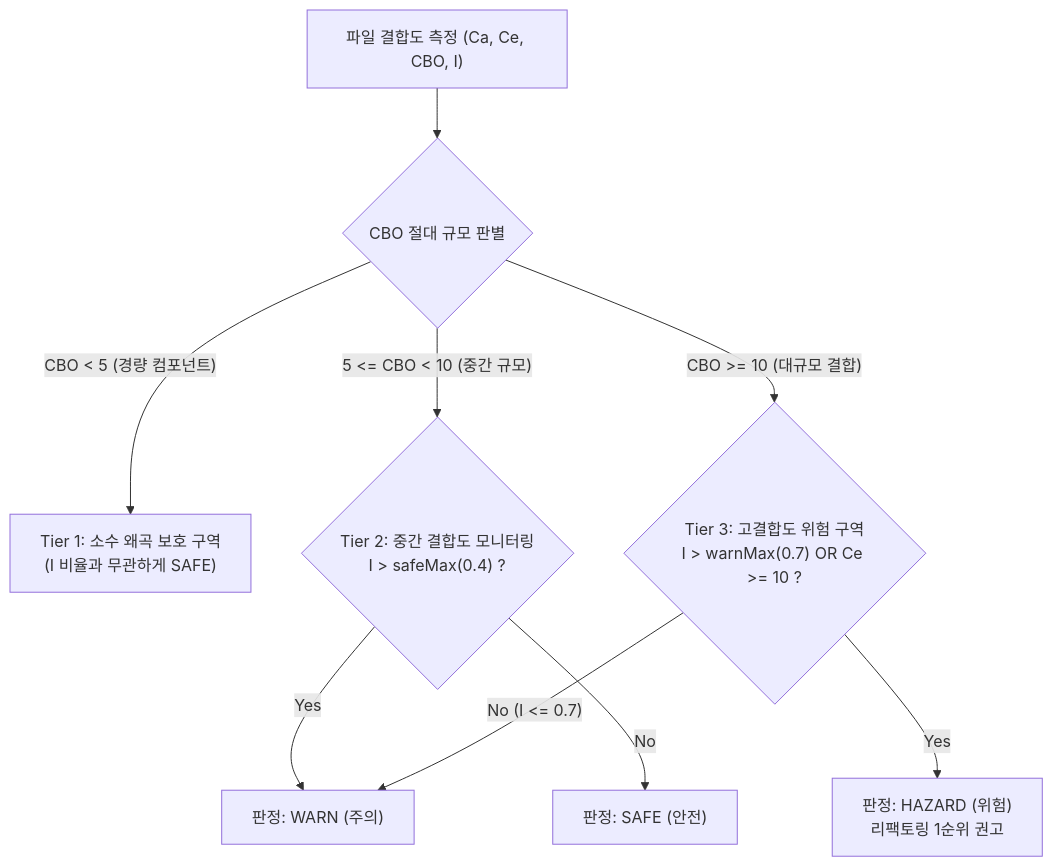
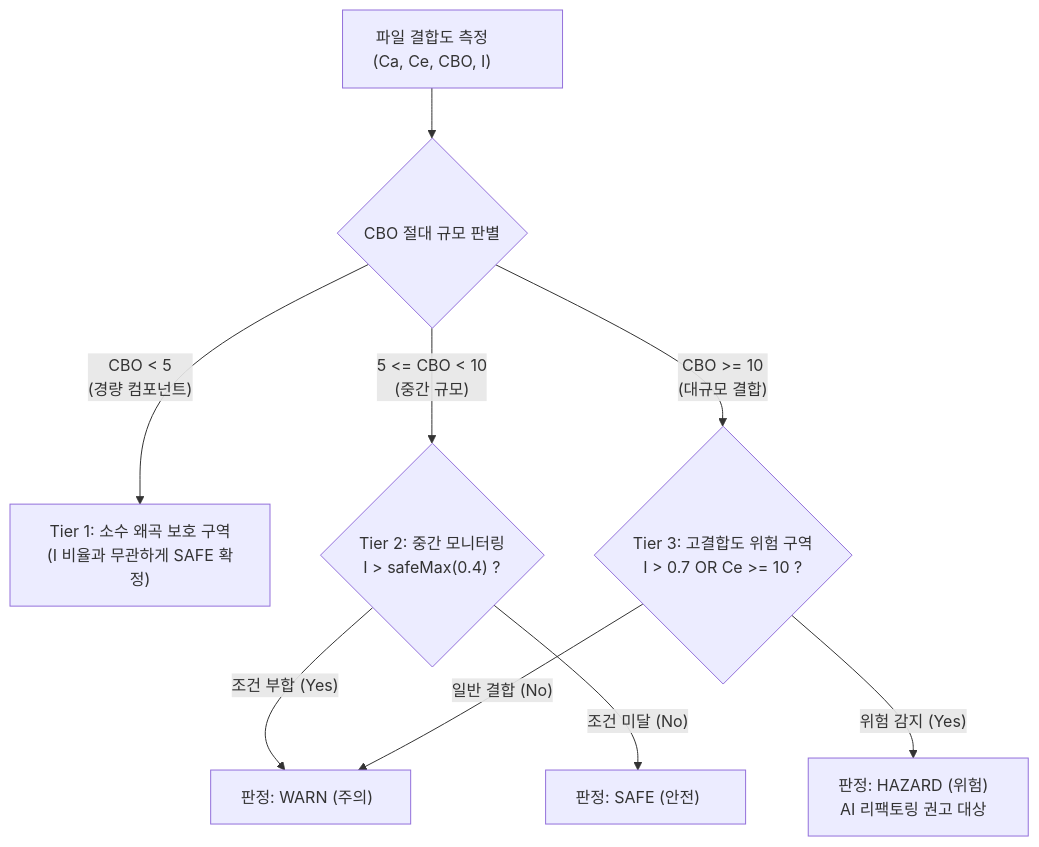
Before and after one commit to Jiin5906/CodeDiagram: the diagram in docs/metrics-spec.md, drawn with Mermaid. The commit also changed 4 other files, not shown here.

Commit message:
fix(docs): Mermaid 다이어그램 한글 단어 슬라이싱 방지 스타일 및 줄바꿈 적용

````diff
--- a/docs/metrics-spec.md
+++ b/docs/metrics-spec.md
@@ -25,14 +25,23 @@
 ```mermaid
 flowchart TD
-    Start["파일 결합도 측정 (Ca, Ce, CBO, I)"] --> CheckCBO{"CBO 절대 규모 판별"}
+    Start["파일 결합도 측정<br/>(Ca, Ce, CBO, I)"] --> CheckCBO{"CBO 절대 규모 판별"}
     
-    CheckCBO -- "CBO < 5 (경량 컴포넌트)" --> Tier1["Tier 1: 소수 왜곡 보호 구역<br/>(I 비율과 무관하게 SAFE)"]
-    CheckCBO -- "5 <= CBO < 10 (중간 규모)" --> Tier2{"Tier 2: 중간 결합도 모니터링<br/>I > safeMax(0.4) ?"}
-    CheckCBO -- "CBO >= 10 (대규모 결합)" --> Tier3{"Tier 3: 고결합도 위험 구역<br/>I > warnMax(0.7) OR Ce >= 10 ?"}
+    CheckCBO -- "CBO < 5<br/>(경량 컴포넌트)" --> Tier1["Tier 1: 소수 왜곡 보호 구역<br/>(I 비율과 무관하게 SAFE 확정)"]
+    CheckCBO -- "5 <= CBO < 10<br/>(중간 규모)" --> Tier2{"Tier 2: 중간 모니터링<br/>I > safeMax(0.4) ?"}
+    CheckCBO -- "CBO >= 10<br/>(대규모 결합)" --> Tier3{"Tier 3: 고결합도 위험 구역<br/>I > 0.7 OR Ce >= 10 ?"}
 
-    Tier2 -- "Yes" --> StatusWarn["판정: WARN (주의)"]
-    Tier2 -- "No" --> StatusSafe["판정: SAFE (안전)"]
+    Tier2 -- "조건 부합 (Yes)" --> StatusWarn["판정: WARN (주의)"]
+    Tier2 -- "조건 미달 (No)" --> StatusSafe["판정: SAFE (안전)"]
 
-    Tier3 -- "Yes" --> StatusHazard["판정: HAZARD (위험)<br/>리팩토링 1순위 권고"]
-    Tier3 -- "No (I <= 0.7)" --> StatusWarn
+    Tier3 -- "위험 감지 (Yes)" --> StatusHazard["판정: HAZARD (위험)<br/>AI 리팩토링 권고 대상"]
+    Tier3 -- "일반 결합 (No)" --> StatusWarn
+
+    style Start width:220px
+    style CheckCBO width:220px
+    style Tier1 width:260px
+    style Tier2 width:240px
+    style Tier3 width:260px
+    style StatusWarn width:200px
+    style StatusSafe width:200px
+    style StatusHazard width:220px
 ```
````
